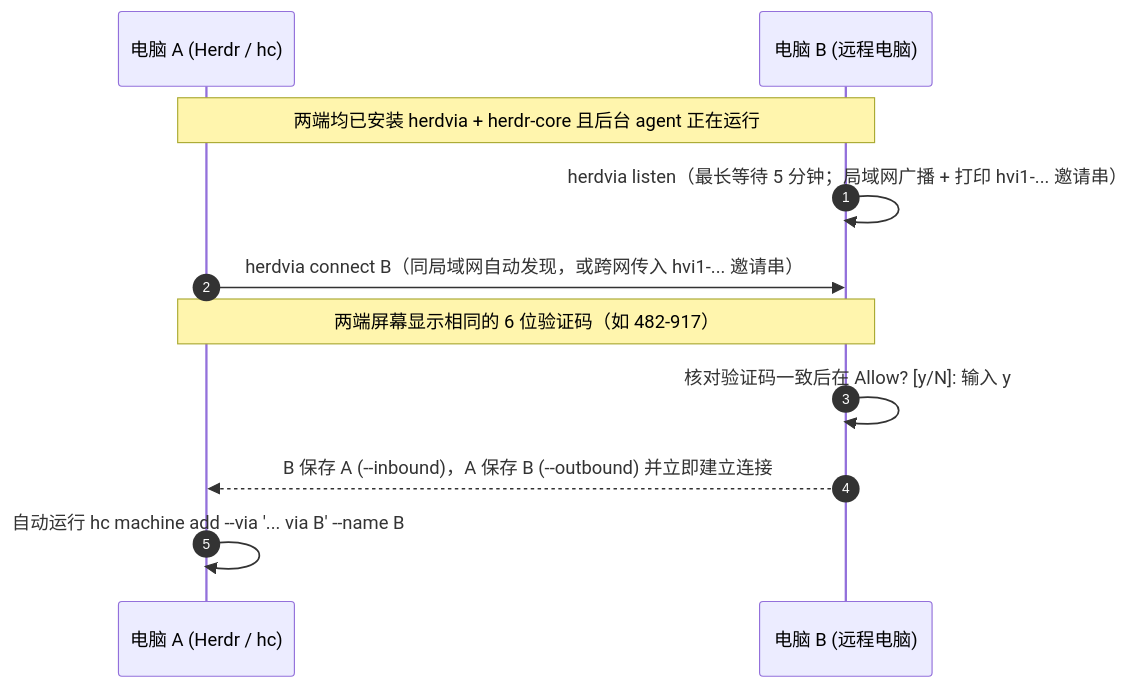
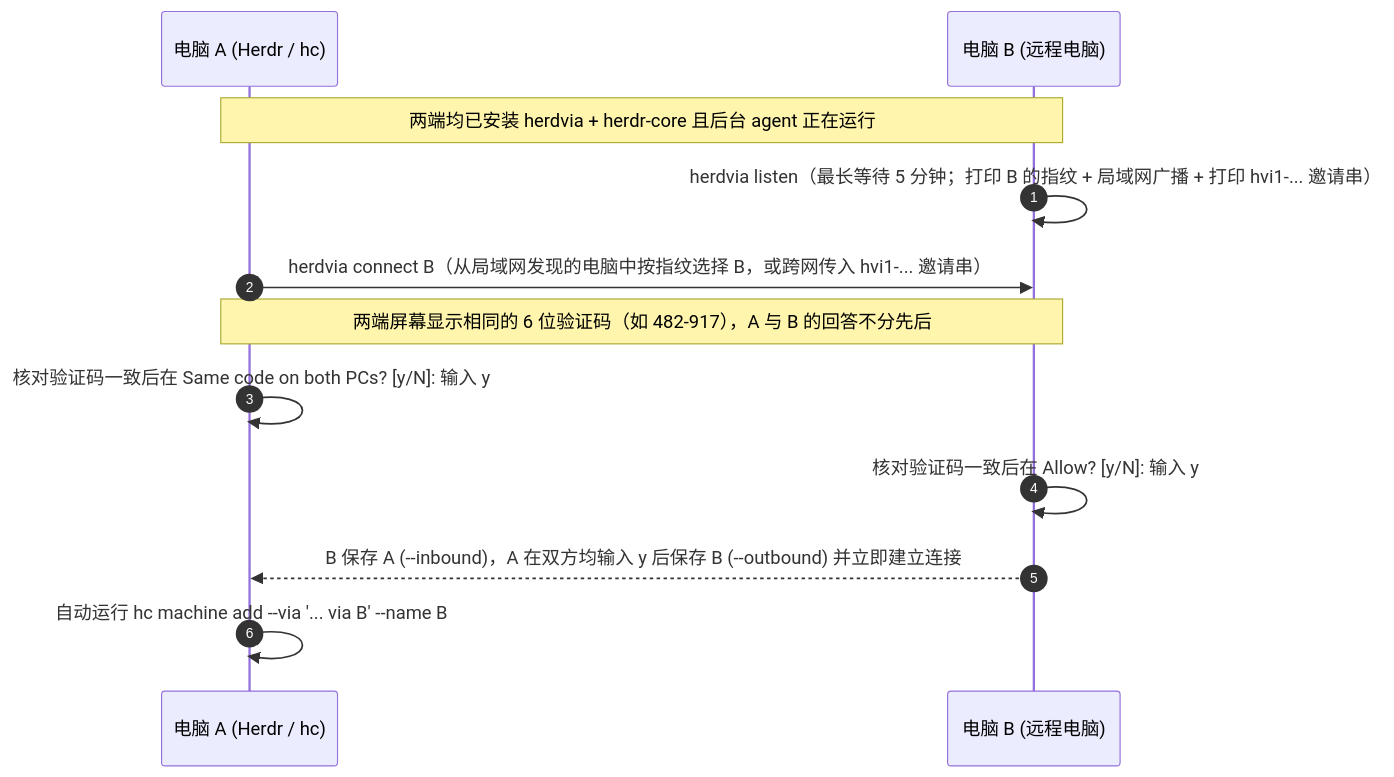
The diagram in docs/README.zh-CN.md (photojupi/herdvia), drawn with Mermaid before and after one commit. The commit also changed other lines of this file and 22 other files, not shown here.

````diff
--- a/docs/README.zh-CN.md
+++ b/docs/README.zh-CN.md
@@ -152,14 +152,15 @@
 ```mermaid
 sequenceDiagram
     autonumber
     participant A as 电脑 A (Herdr / hc)
     participant B as 电脑 B (远程电脑)
 
     Note over A,B: 两端均已安装 herdvia + herdr-core 且后台 agent 正在运行
-    B->>B: herdvia listen（最长等待 5 分钟；局域网广播 + 打印 hvi1-... 邀请串）
-    A->>B: herdvia connect B（同局域网自动发现，或跨网传入 hvi1-... 邀请串）
-    Note over A,B: 两端屏幕显示相同的 6 位验证码（如 482-917）
+    B->>B: herdvia listen（最长等待 5 分钟；打印 B 的指纹 + 局域网广播 + 打印 hvi1-... 邀请串）
+    A->>B: herdvia connect B（从局域网发现的电脑中按指纹选择 B，或跨网传入 hvi1-... 邀请串）
+    Note over A,B: 两端屏幕显示相同的 6 位验证码（如 482-917），A 与 B 的回答不分先后
+    A->>A: 核对验证码一致后在 Same code on both PCs? [y/N]: 输入 y
     B->>B: 核对验证码一致后在 Allow? [y/N]: 输入 y
-    B-->>A: B 保存 A (--inbound)，A 保存 B (--outbound) 并立即建立连接
+    B-->>A: B 保存 A (--inbound)，A 在双方均输入 y 后保存 B (--outbound) 并立即建立连接
     A->>A: 自动运行 hc machine add --via '... via B' --name B
 ```
````
